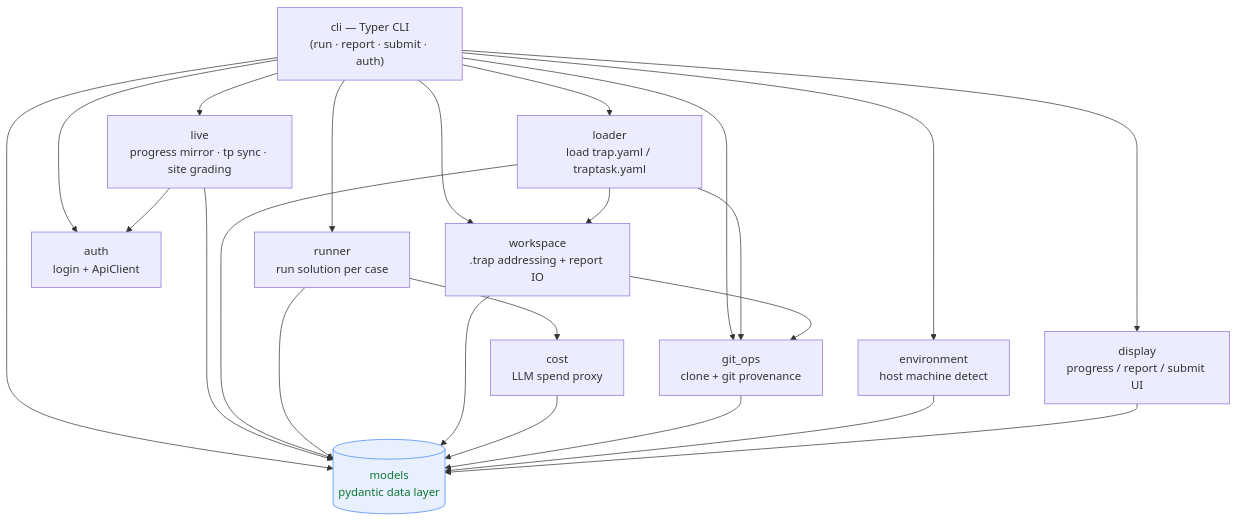
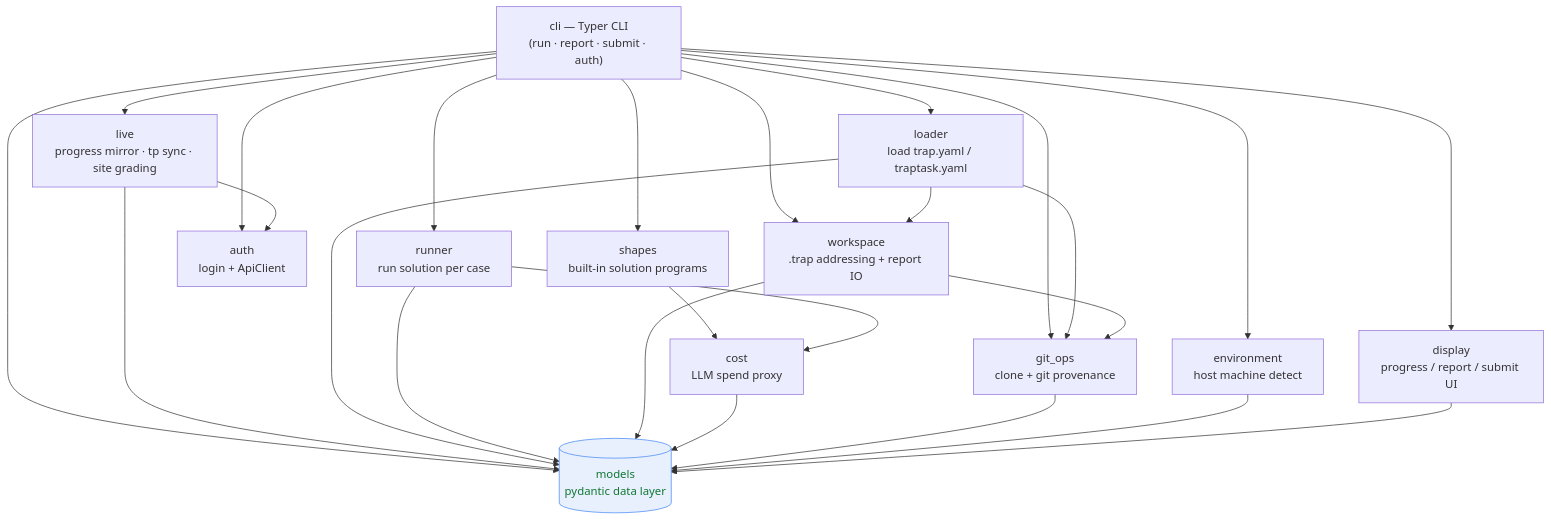
One commit to trapstreet/trap changed the first of 3 diagrams in CODE_MAP.md. Above: the diagram before and after it, drawn with Mermaid. The commit also changed other lines of this file and 4 other files, not shown here.

Commit message:
docs: built-in shapes guide, tp shape reference, code map

````diff
--- a/CODE_MAP.md
+++ b/CODE_MAP.md
@@ -15,40 +15,43 @@
 ```mermaid
 graph TD
     cli["cli — Typer CLI<br/>(run · report · submit · auth)"]
     loader["loader<br/>load trap.yaml / traptask.yaml"]
     runner["runner<br/>run solution per case"]
     cost["cost<br/>LLM spend proxy"]
+    shapes["shapes<br/>built-in solution programs"]
     git_ops["git_ops<br/>clone + git provenance"]
     environment["environment<br/>host machine detect"]
     display["display<br/>progress / report / submit UI"]
     auth["auth<br/>login + ApiClient"]
     live["live<br/>progress mirror · tp sync · site grading"]
     workspace["workspace<br/>.trap addressing + report IO"]
     models[("models<br/>pydantic data layer")]
 
     cli --> loader
     cli --> runner
     cli --> git_ops
     cli --> environment
     cli --> display
     cli --> auth
     cli --> live
     cli --> workspace
     cli --> models
+    cli --> shapes
+    shapes --> cost
     live --> auth
     live --> models
     loader --> git_ops
     loader --> models
     loader --> workspace
     runner --> cost
     runner --> models
     workspace --> git_ops
     workspace --> models
     cost --> models
     git_ops --> models
     environment --> models
     display --> models
 
     classDef data fill:#e8f0fe,stroke:#4285f4,color:#173;
     class models data;
 ```
````
